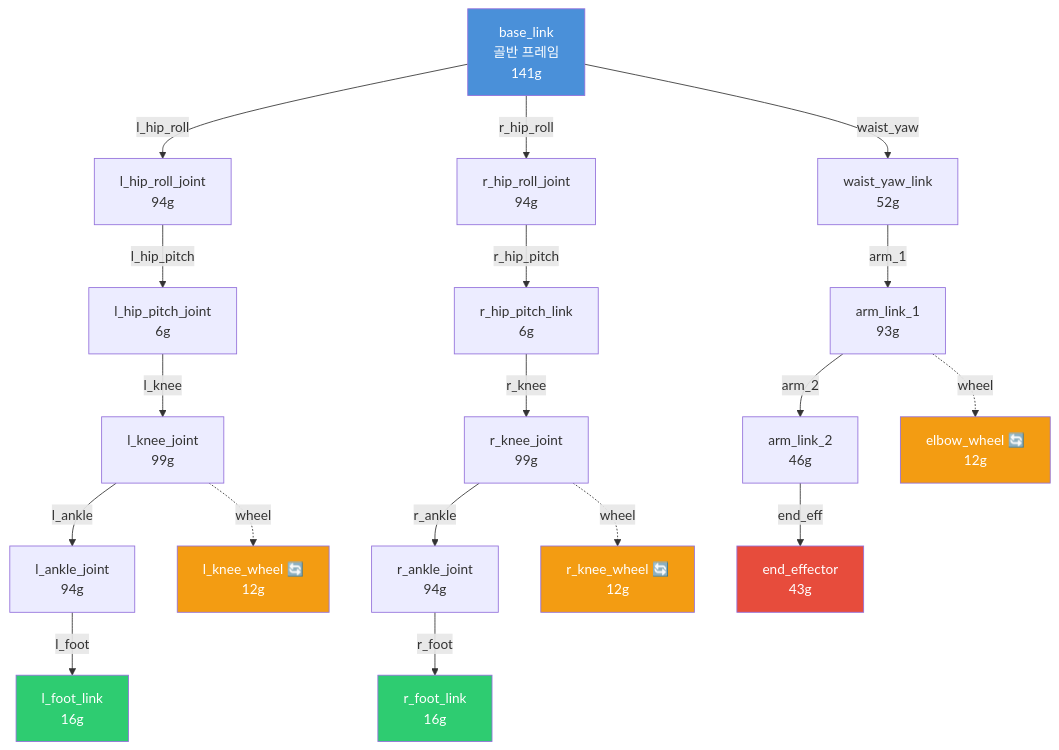
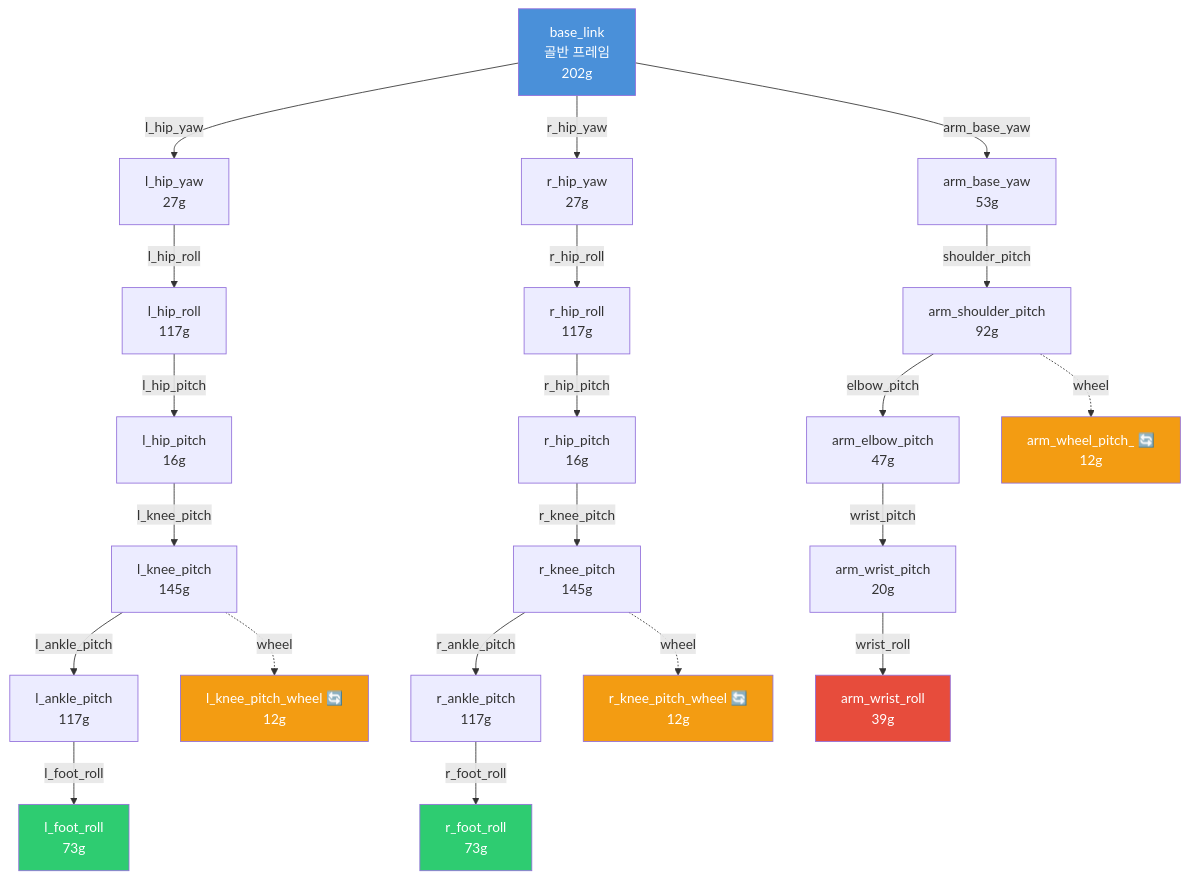
Before and after one commit to Do-ng-woo/biped_bike_robot: the diagram in README.md, drawn with Mermaid. The commit also changed other lines of this file and 90 other files, not shown here.

Commit message:
feat: complete bipedal-to-3wheeled transformation sequence in simulation

````diff
--- a/README.md
+++ b/README.md
@@ -172,32 +186,35 @@
 ```mermaid
 graph TD
-    B[base_link<br/>골반 프레임<br/>141g]
+    B["base_link<br/>골반 프레임<br/>202g"]
 
-    B -->|l_hip_roll| LHR[l_hip_roll_joint<br/>94g]
-    LHR -->|l_hip_pitch| LHP[l_hip_pitch_joint<br/>6g]
-    LHP -->|l_knee| LK[l_knee_joint<br/>99g]
-    LK -->|l_ankle| LA[l_ankle_joint<br/>94g]
-    LA -->|l_foot| LF[l_foot_link<br/>16g]
-    LK -.->|wheel| LKW[l_knee_wheel 🔄<br/>12g]
+    B -->|l_hip_yaw| LHY["l_hip_yaw<br/>27g"]
+    LHY -->|l_hip_roll| LHR["l_hip_roll<br/>117g"]
+    LHR -->|l_hip_pitch| LHP["l_hip_pitch<br/>16g"]
+    LHP -->|l_knee_pitch| LK["l_knee_pitch<br/>145g"]
+    LK -->|l_ankle_pitch| LA["l_ankle_pitch<br/>117g"]
+    LA -->|l_foot_roll| LF["l_foot_roll<br/>73g"]
+    LK -.->|wheel| LKW["l_knee_pitch_wheel 🔄<br/>12g"]
 
-    B -->|r_hip_roll| RHR[r_hip_roll_joint<br/>94g]
-    RHR -->|r_hip_pitch| RHP[r_hip_pitch_link<br/>6g]
-    RHP -->|r_knee| RK[r_knee_joint<br/>99g]
-    RK -->|r_ankle| RA[r_ankle_joint<br/>94g]
-    RA -->|r_foot| RF[r_foot_link<br/>16g]
-    RK -.->|wheel| RKW[r_knee_wheel 🔄<br/>12g]
+    B -->|r_hip_yaw| RHY["r_hip_yaw<br/>27g"]
+    RHY -->|r_hip_roll| RHR["r_hip_roll<br/>117g"]
+    RHR -->|r_hip_pitch| RHP["r_hip_pitch<br/>16g"]
+    RHP -->|r_knee_pitch| RK["r_knee_pitch<br/>145g"]
+    RK -->|r_ankle_pitch| RA["r_ankle_pitch<br/>117g"]
+    RA -->|r_foot_roll| RF["r_foot_roll<br/>73g"]
+    RK -.->|wheel| RKW["r_knee_pitch_wheel 🔄<br/>12g"]
 
-    B -->|waist_yaw| WY[waist_yaw_link<br/>52g]
-    WY -->|arm_1| A1[arm_link_1<br/>93g]
-    A1 -->|arm_2| A2[arm_link_2<br/>46g]
-    A2 -->|end_eff| EE[end_effector<br/>43g]
-    A1 -.->|wheel| EW[elbow_wheel 🔄<br/>12g]
+    B -->|arm_base_yaw| ABY["arm_base_yaw<br/>53g"]
+    ABY -->|shoulder_pitch| ASP["arm_shoulder_pitch<br/>92g"]
+    ASP -->|elbow_pitch| AEP["arm_elbow_pitch<br/>47g"]
+    AEP -->|wrist_pitch| AWP["arm_wrist_pitch<br/>20g"]
+    AWP -->|wrist_roll| AWR["arm_wrist_roll<br/>39g"]
+    ASP -.->|wheel| AW["arm_wheel_pitch_ 🔄<br/>12g"]
 
     style B fill:#4a90d9,color:#fff
     style LF fill:#2ecc71,color:#fff
     style RF fill:#2ecc71,color:#fff
-    style EE fill:#e74c3c,color:#fff
+    style AWR fill:#e74c3c,color:#fff
     style LKW fill:#f39c12,color:#fff
     style RKW fill:#f39c12,color:#fff
-    style EW fill:#f39c12,color:#fff
+    style AW fill:#f39c12,color:#fff
 ```
````
